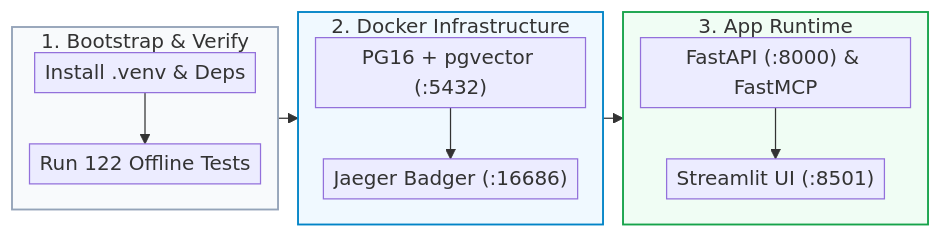
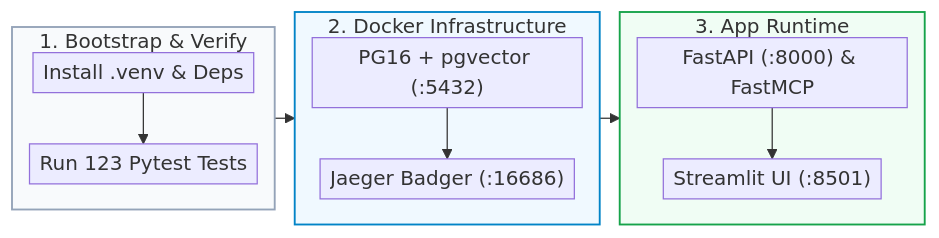
Before and after one commit to Kenono2000/enterprise-rag-pgvector-rbac: the third of 7 diagrams in README.md, drawn with Mermaid. The commit also changed other lines of this file and 2 other files, not shown here.

Commit message:
feat: Update README and tests for improved clarity and compatibility

````diff
--- a/README.md
+++ b/README.md
@@ -71,20 +71,20 @@
 ```mermaid
 %%{init: {'flowchart': {'nodeSpacing': 8, 'rankSpacing': 16, 'padding': 4}}}%%
 flowchart LR
     subgraph DevBootstrap ["1. Bootstrap & Verify"]
         direction TB
-        Venv["Install .venv & Deps"] --> Pytest["Run 122 Offline Tests"]
+        Venv["Install .venv & Deps"] --> Pytest["Run 123 Pytest Tests"]
     end
     subgraph Containers ["2. Docker Infrastructure"]
         direction TB
         PG16["PG16 + pgvector (:5432)"] --> Jaeger["Jaeger Badger (:16686)"]
     end
     subgraph Services ["3. App Runtime"]
         direction TB
         FastAPI["FastAPI (:8000) & FastMCP"] --> Streamlit["Streamlit UI (:8501)"]
     end
     DevBootstrap --> Containers --> Services
     style DevBootstrap fill:#f8fafc,stroke:#94a3b8,stroke-width:1.5px
     style Containers fill:#f0f9ff,stroke:#0284c7,stroke-width:1.5px
     style Services fill:#f0fdf4,stroke:#16a34a,stroke-width:1.5px
 ```
````
